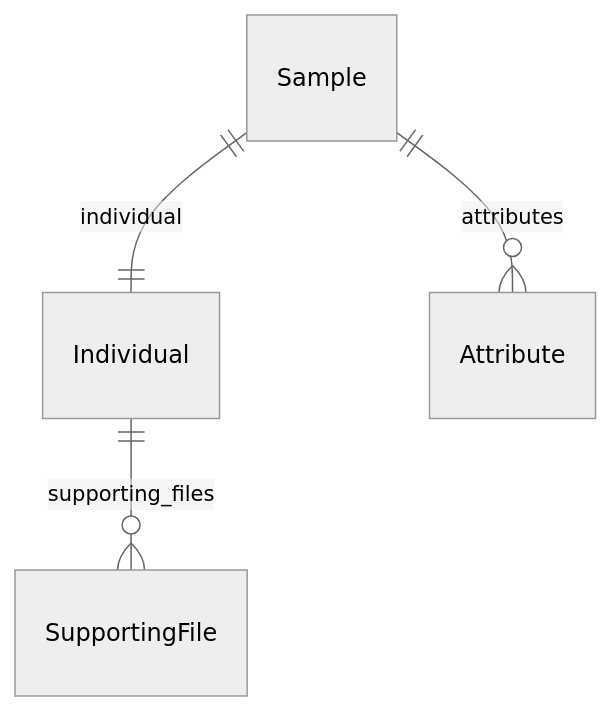
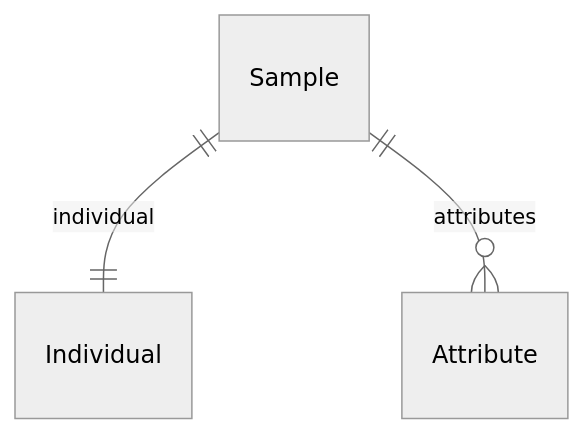
One commit to ghga-de/ghga-metadata-schema changed the second of 5 diagrams in docs/entity_relations.md. Above: the diagram before and after it, drawn with Mermaid (neutral theme). The commit also changed other lines of this file and 88 other files, not shown here.

````diff
--- a/docs/entity_relations.md
+++ b/docs/entity_relations.md
@@ -100,14 +113,13 @@
 ```mermaid
 erDiagram
 Individual {
 
 }
 Sample {
 
 }
 
-Individual ||--}o SupportingFile : "supporting_files"
 Sample ||--|| Individual : "individual"
 Sample ||--}o Attribute : "attributes"
 
 ```
````
